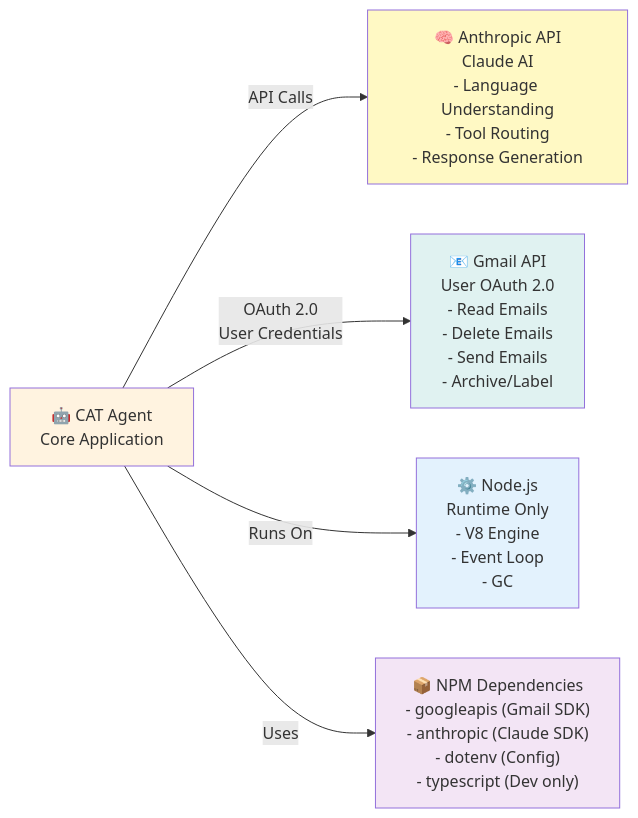
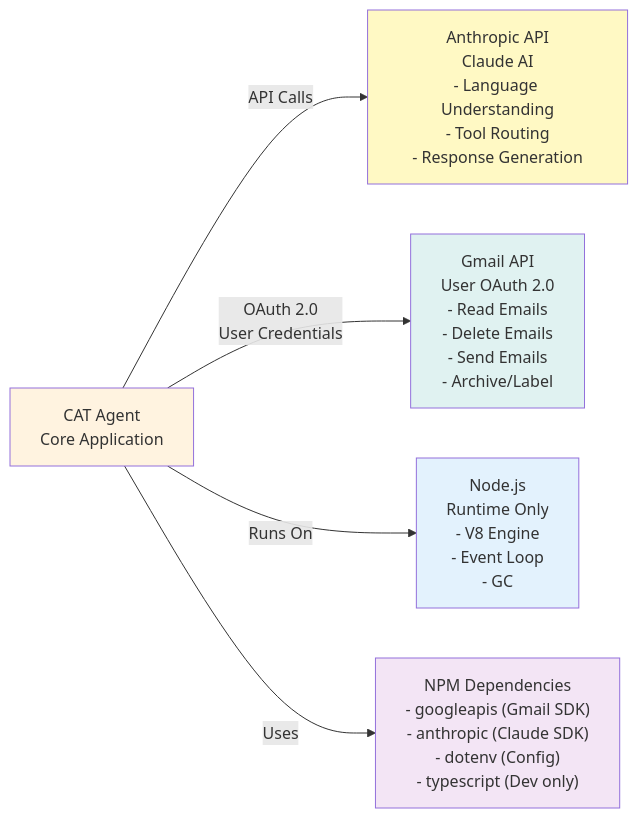
One commit to fivepanelhat/CAT-mail changed the ninth of 10 diagrams in ARCHITECTURE.md. Above: the diagram before and after it, drawn with Mermaid. The commit also changed other lines of this file and 50 other files, not shown here.

````diff
--- a/ARCHITECTURE.md
+++ b/ARCHITECTURE.md
@@ -424,23 +424,23 @@
 ```mermaid
 graph LR
-    CAT["🤖 CAT Agent<br/>Core Application"]
-    
-    Anthropic["🧠 Anthropic API<br/>Claude AI<br/>- Language Understanding<br/>- Tool Routing<br/>- Response Generation"]
-    
-    Gmail["📧 Gmail API<br/>User OAuth 2.0<br/>- Read Emails<br/>- Delete Emails<br/>- Send Emails<br/>- Archive/Label"]
-    
-    Node["⚙️ Node.js<br/>Runtime Only<br/>- V8 Engine<br/>- Event Loop<br/>- GC"]
-    
-    NPM["📦 NPM Dependencies<br/>- googleapis (Gmail SDK)<br/>- anthropic (Claude SDK)<br/>- dotenv (Config)<br/>- typescript (Dev only)"]
-    
-    CAT -->|"API Calls"| Anthropic
-    CAT -->|"OAuth 2.0<br/>User Credentials"| Gmail
-    CAT -->|"Runs On"| Node
-    CAT -->|"Uses"| NPM
-    
-    style CAT fill:#fff3e0
-    style Anthropic fill:#fff9c4
-    style Gmail fill:#e0f2f1
-    style Node fill:#e3f2fd
-    style NPM fill:#f3e5f5
+ CAT[" CAT Agent<br/>Core Application"]
+ 
+ Anthropic[" Anthropic API<br/>Claude AI<br/>- Language Understanding<br/>- Tool Routing<br/>- Response Generation"]
+ 
+ Gmail[" Gmail API<br/>User OAuth 2.0<br/>- Read Emails<br/>- Delete Emails<br/>- Send Emails<br/>- Archive/Label"]
+ 
+ Node[" Node.js<br/>Runtime Only<br/>- V8 Engine<br/>- Event Loop<br/>- GC"]
+ 
+ NPM[" NPM Dependencies<br/>- googleapis (Gmail SDK)<br/>- anthropic (Claude SDK)<br/>- dotenv (Config)<br/>- typescript (Dev only)"]
+ 
+ CAT -->|"API Calls"| Anthropic
+ CAT -->|"OAuth 2.0<br/>User Credentials"| Gmail
+ CAT -->|"Runs On"| Node
+ CAT -->|"Uses"| NPM
+ 
+ style CAT fill:#fff3e0
+ style Anthropic fill:#fff9c4
+ style Gmail fill:#e0f2f1
+ style Node fill:#e3f2fd
+ style NPM fill:#f3e5f5
 ```
````
